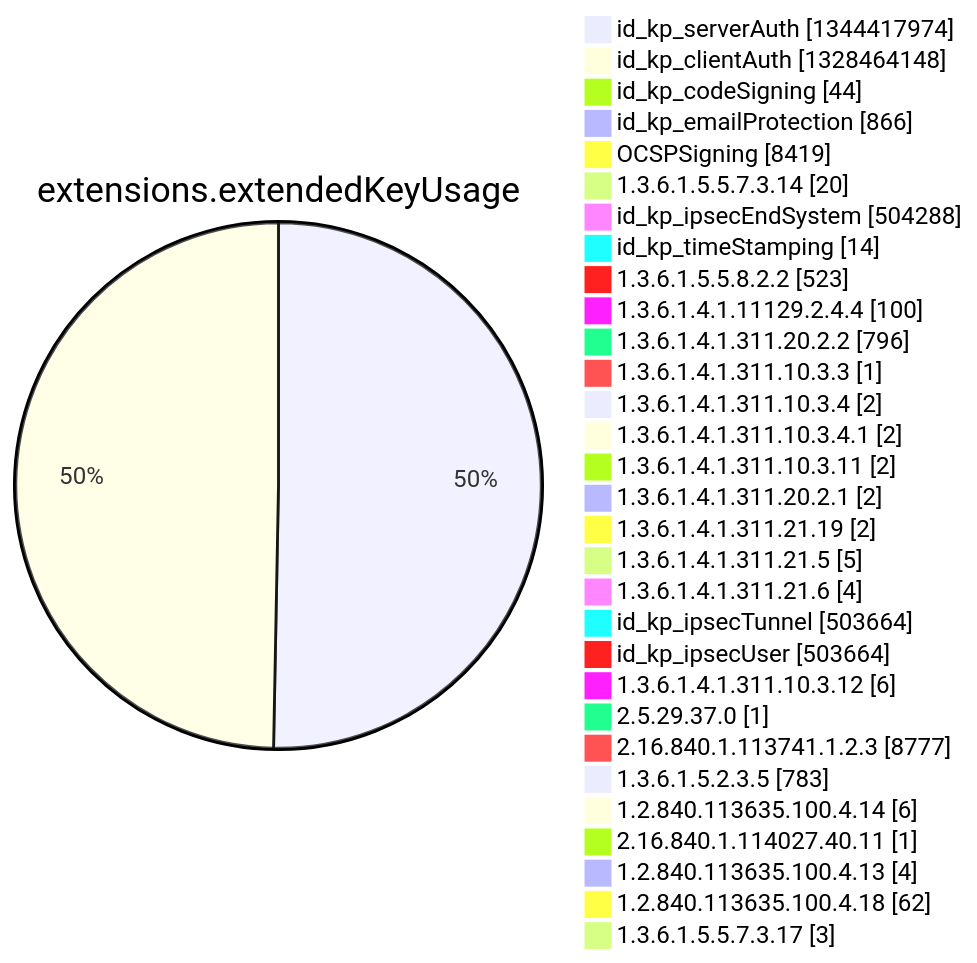
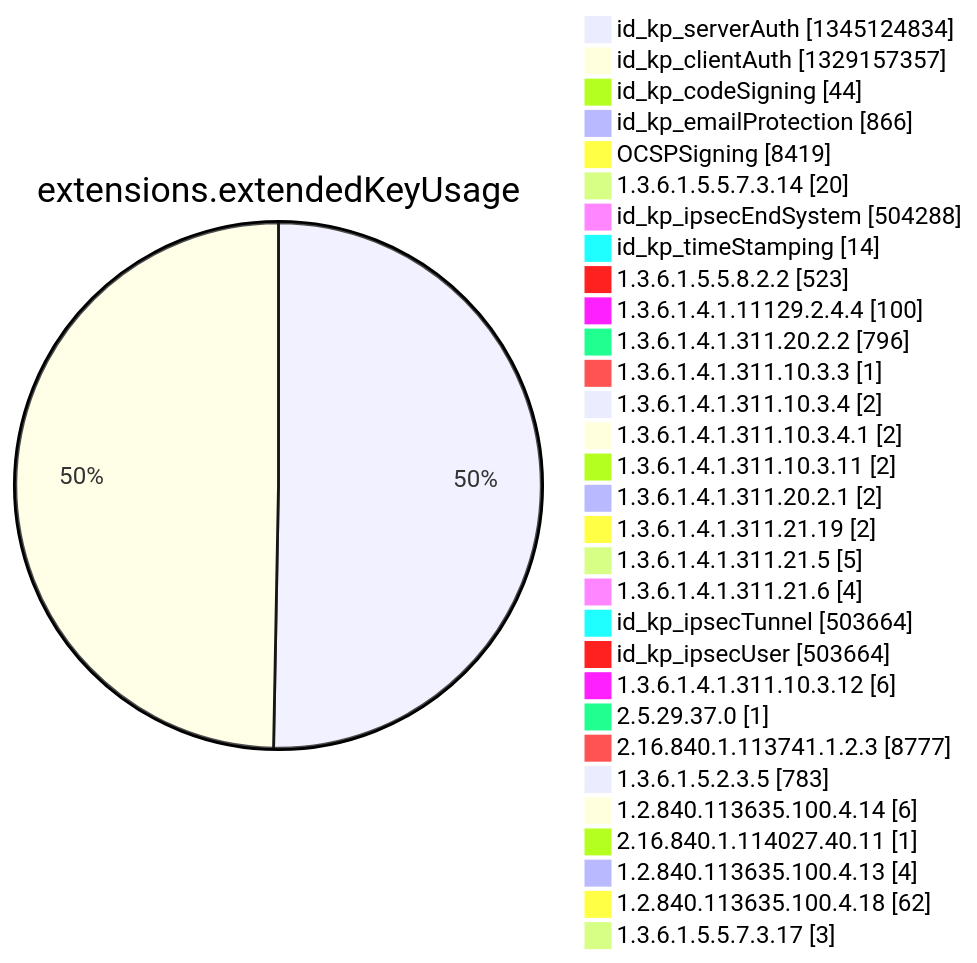
Diagram 12 of 15 in argon2022/README.md (christiankrug/ctmonitor_visualization), drawn with Mermaid before and after one commit. The commit also changed other lines of this file, not shown here.

````diff
--- a/argon2022/README.md
+++ b/argon2022/README.md
@@ -3553,34 +3553,34 @@
 ```mermaid
 pie showData
 title extensions.extendedKeyUsage
-"id_kp_serverAuth" :1344417974
-"id_kp_clientAuth" :1328464148
+"id_kp_serverAuth" :1345124834
+"id_kp_clientAuth" :1329157357
 "id_kp_codeSigning" :44
 "id_kp_emailProtection" :866
 "OCSPSigning" :8419
 "1.3.6.1.5.5.7.3.14" :20
 "id_kp_ipsecEndSystem" :504288
 "id_kp_timeStamping" :14
 "1.3.6.1.5.5.8.2.2" :523
 "1.3.6.1.4.1.11129.2.4.4" :100
 "1.3.6.1.4.1.311.20.2.2" :796
 "1.3.6.1.4.1.311.10.3.3" :1
 "1.3.6.1.4.1.311.10.3.4" :2
 "1.3.6.1.4.1.311.10.3.4.1" :2
 "1.3.6.1.4.1.311.10.3.11" :2
 "1.3.6.1.4.1.311.20.2.1" :2
 "1.3.6.1.4.1.311.21.19" :2
 "1.3.6.1.4.1.311.21.5" :5
 "1.3.6.1.4.1.311.21.6" :4
 "id_kp_ipsecTunnel" :503664
 "id_kp_ipsecUser" :503664
 "1.3.6.1.4.1.311.10.3.12" :6
 "2.5.29.37.0" :1
 "2.16.840.1.113741.1.2.3" :8777
 "1.3.6.1.5.2.3.5" :783
 "1.2.840.113635.100.4.14" :6
 "2.16.840.1.114027.40.11" :1
 "1.2.840.113635.100.4.13" :4
 "1.2.840.113635.100.4.18" :62
 "1.3.6.1.5.5.7.3.17" :3
 ```
````
